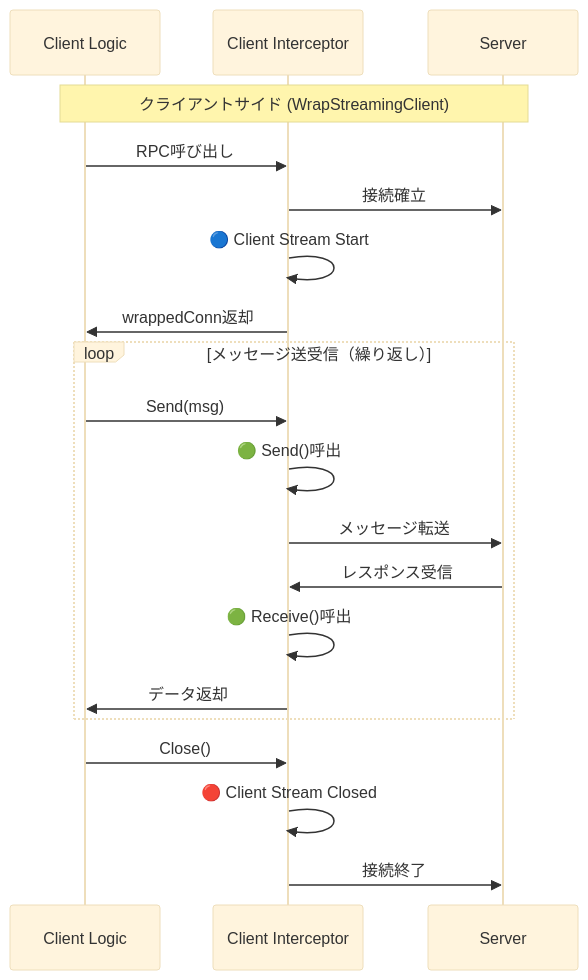
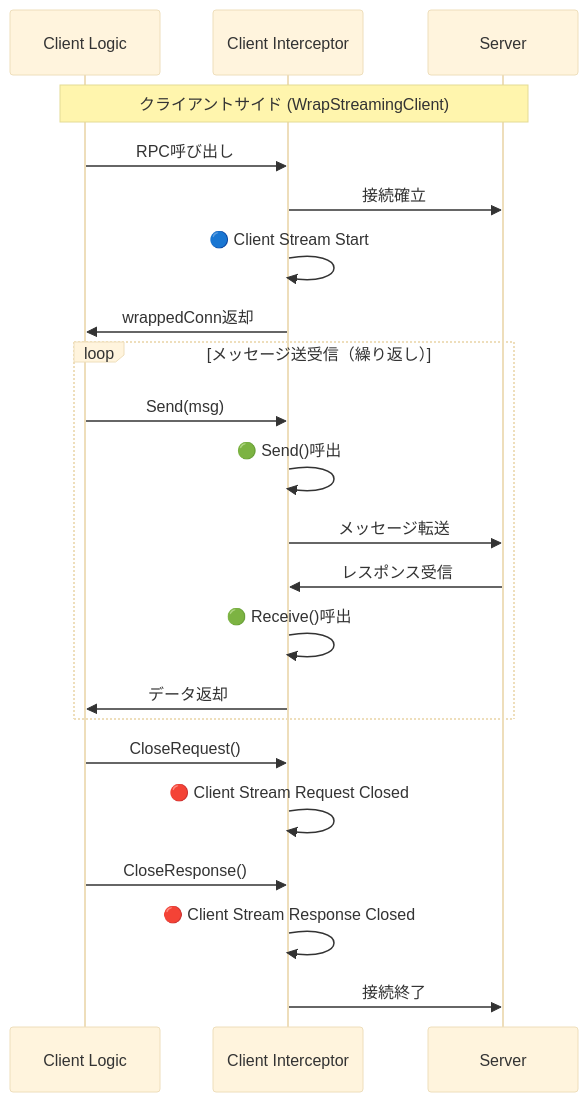
The fifth of 5 diagrams in articles/connect-goのUnaryとStreamのインターセプタ解説.md (haru-256/tech-blog), drawn with Mermaid (base theme) before and after one commit. The commit also changed other lines of this file and 2 other files, not shown here.

Commit message:
Add images for bidirectional streaming examples in connect-go interceptor article

````diff
--- a/articles/connect-goのUnaryとStreamのインターセプタ解説.md
+++ b/articles/connect-goのUnaryとStreamのインターセプタ解説.md
@@ -562,23 +649,25 @@
 ```mermaid
 sequenceDiagram
     participant Client Logic
     participant Client Interceptor
     participant Server
 
     Note over Client Logic,Server: クライアントサイド (WrapStreamingClient)
     Client Logic->>Client Interceptor: RPC呼び出し
     Client Interceptor->>Server: 接続確立
     Client Interceptor->>Client Interceptor: 🔵 Client Stream Start
     Client Interceptor->>Client Logic: wrappedConn返却
     loop メッセージ送受信（繰り返し）
         Client Logic->>Client Interceptor: Send(msg)
         Client Interceptor->>Client Interceptor: 🟢 Send()呼出
         Client Interceptor->>Server: メッセージ転送
         Server->>Client Interceptor: レスポンス受信
         Client Interceptor->>Client Interceptor: 🟢 Receive()呼出
         Client Interceptor->>Client Logic: データ返却
     end
-    Client Logic->>Client Interceptor: Close()
-    Client Interceptor->>Client Interceptor: 🔴 Client Stream Closed
+    Client Logic->>Client Interceptor: CloseRequest()
+    Client Interceptor->>Client Interceptor: 🔴 Client Stream Request Closed
+    Client Logic->>Client Interceptor: CloseResponse()
+    Client Interceptor->>Client Interceptor: 🔴 Client Stream Response Closed
     Client Interceptor->>Server: 接続終了
 ```
````
